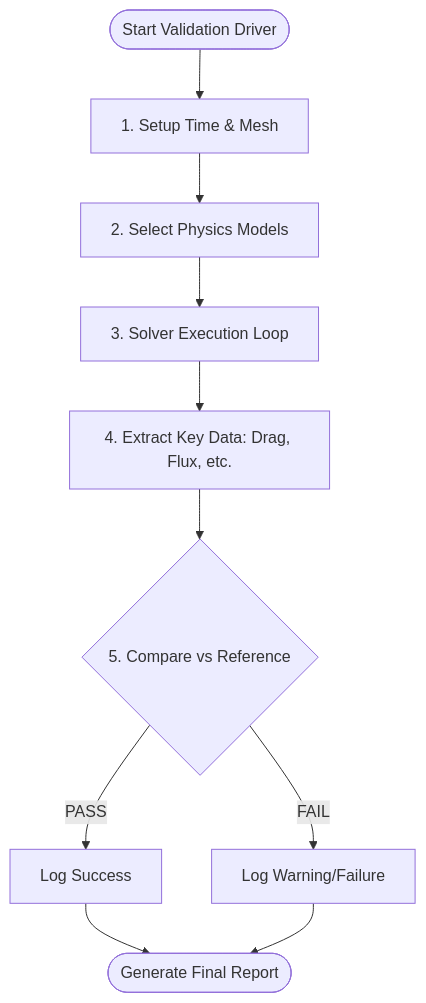
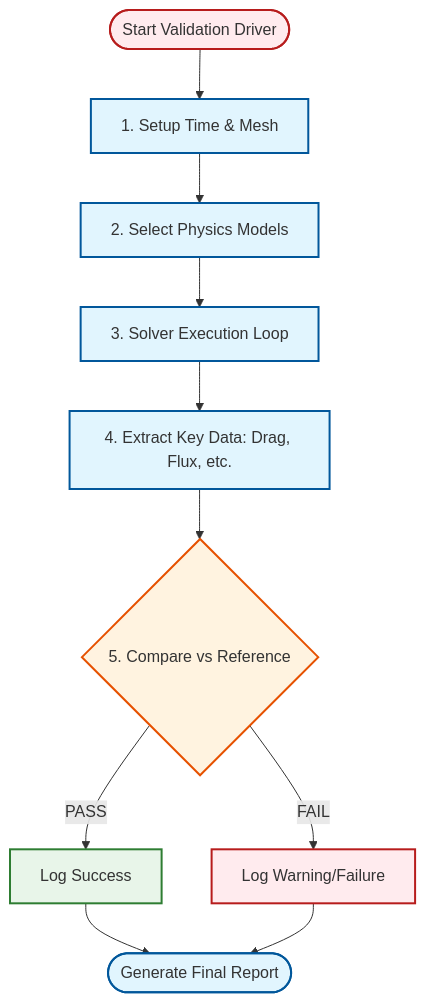
One commit to wramet/build-my-cfd changed the diagram in MODULE_08_TESTING_VALIDATION/CONTENT/02_TEST_FRAMEWORK_CODING/02_Validation_Coding.md. Above: the diagram before and after it, drawn with Mermaid. The commit also changed 313 other files, not shown here.

Commit message:
Revise all diagram

````diff
--- a/MODULE_08_TESTING_VALIDATION/CONTENT/02_TEST_FRAMEWORK_CODING/02_Validation_Coding.md
+++ b/MODULE_08_TESTING_VALIDATION/CONTENT/02_TEST_FRAMEWORK_CODING/02_Validation_Coding.md
@@ -14,12 +14,16 @@
 ```mermaid
 flowchart TD
-    Start([Start Validation Driver]) --> Setup[1. Setup Time & Mesh]
-    Setup --> Models[2. Select Physics Models]
-    Models --> Solve[3. Solver Execution Loop]
-    Solve --> Extract[4. Extract Key Data: Drag, Flux, etc.]
-    Extract --> Compare{5. Compare vs Reference}
-    Compare -- PASS --> Log[Log Success]
-    Compare -- FAIL --> Warn[Log Warning/Failure]
-    Log --> Report([Generate Final Report])
-    Warn --> Report
+classDef implicit fill:#e1f5fe,stroke:#01579b,stroke-width:2px
+classDef explicit fill:#ffebee,stroke:#b71c1c,stroke-width:2px
+classDef success fill:#e8f5e9,stroke:#2e7d32,stroke-width:2px
+classDef warning fill:#fff3e0,stroke:#e65100,stroke-width:2px
+Start([Start Validation Driver]):::explicit --> Setup[1. Setup Time & Mesh]:::implicit
+Setup --> Models[2. Select Physics Models]:::implicit
+Models --> Solve[3. Solver Execution Loop]:::implicit
+Solve --> Extract[4. Extract Key Data: Drag, Flux, etc.]:::implicit
+Extract --> Compare{5. Compare vs Reference}:::warning
+Compare -- PASS --> Log[Log Success]:::success
+Compare -- FAIL --> Warn[Log Warning/Failure]:::explicit
+Log --> Report([Generate Final Report]):::implicit
+Warn --> Report
 ```
````
